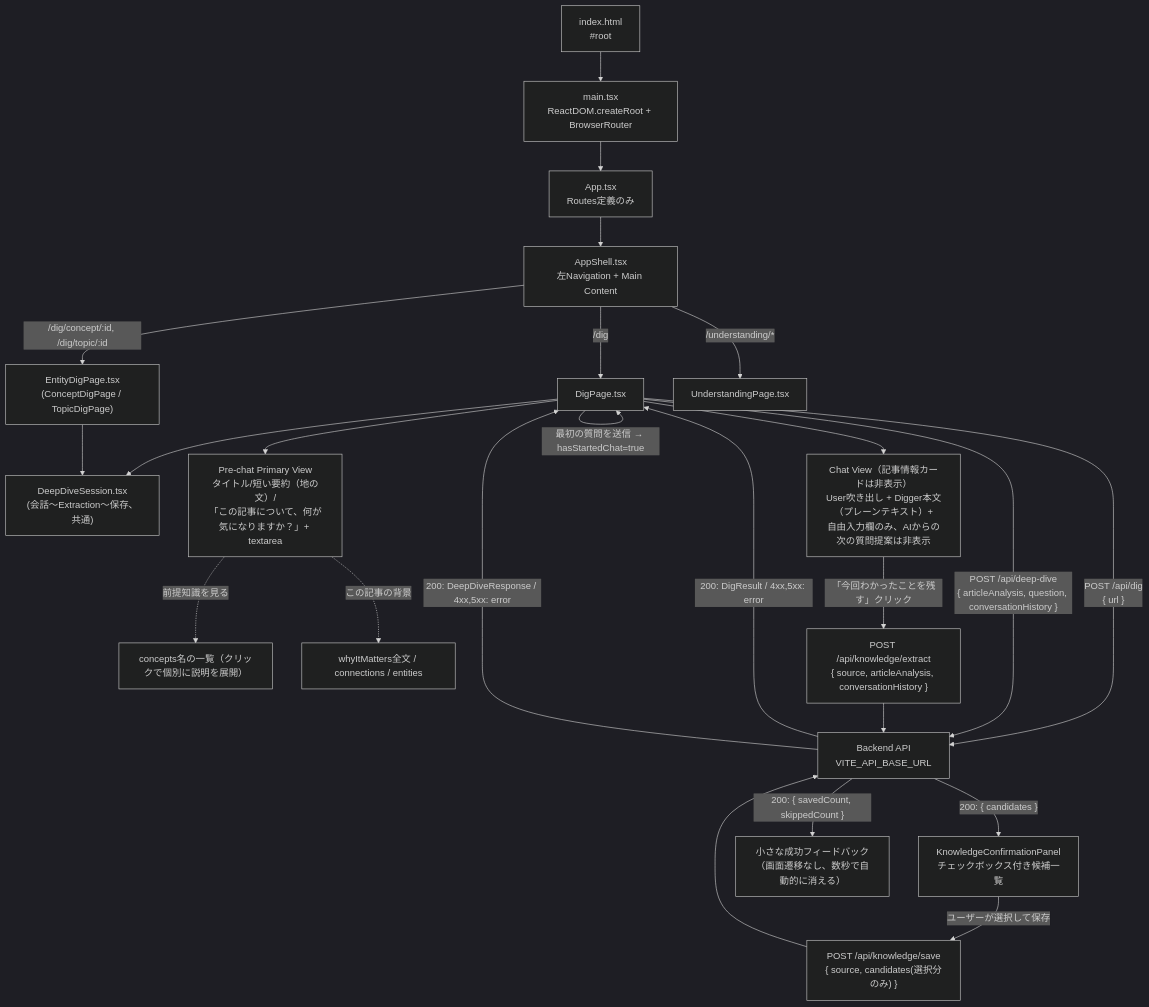
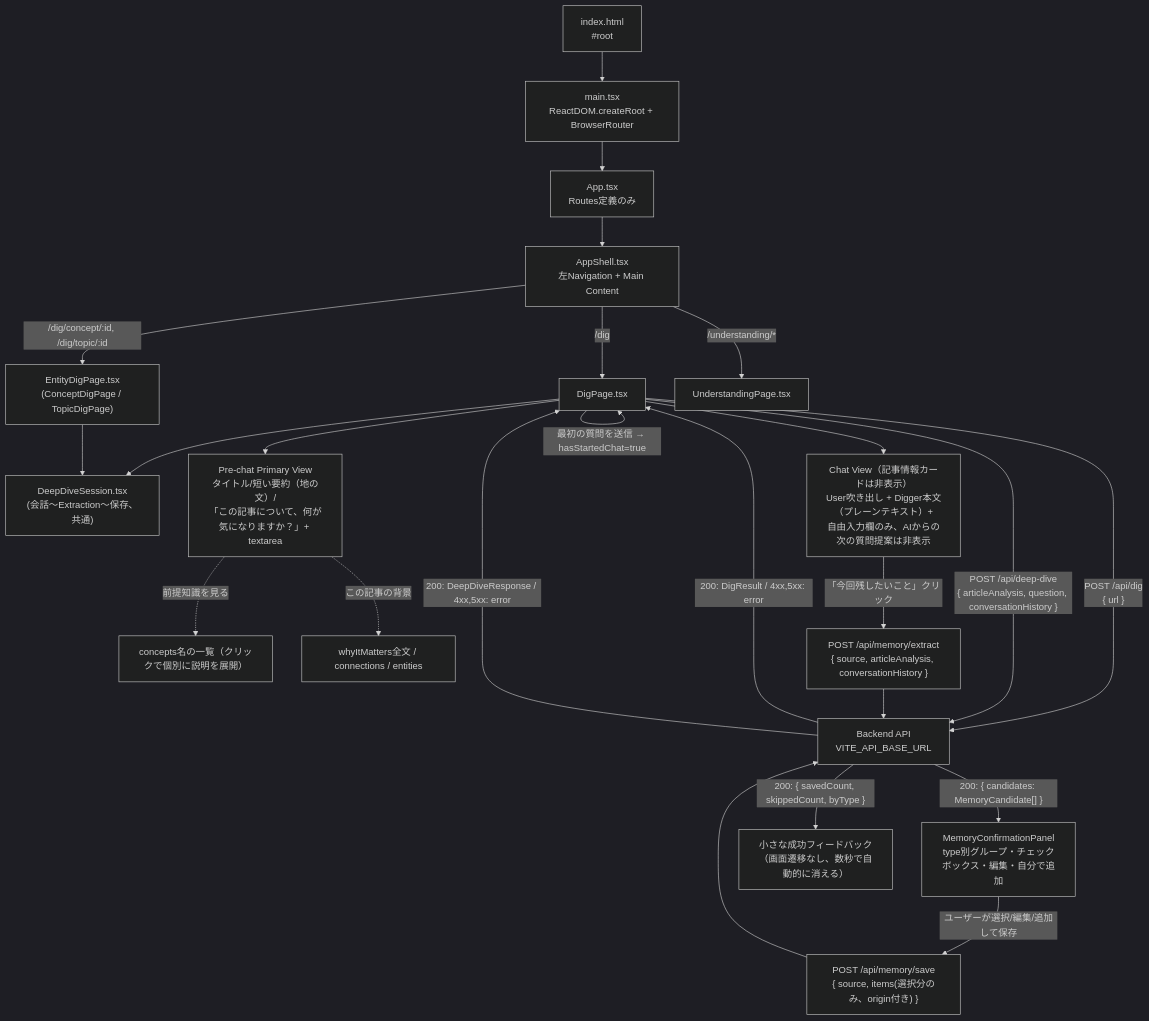
One commit to kokiwaku/digger changed the diagram in frontend/README.md. Above: the diagram before and after it, drawn with Mermaid (dark theme). The commit also changed other lines of this file and 15 other files, not shown here.

````diff
--- a/frontend/README.md
+++ b/frontend/README.md
@@ -43,27 +43,27 @@
 ```mermaid
 flowchart TD
     A["index.html<br/>#root"] --> B["main.tsx<br/>ReactDOM.createRoot + BrowserRouter"]
     B --> Ap["App.tsx<br/>Routes定義のみ"]
     Ap --> Sh["AppShell.tsx<br/>左Navigation + Main Content"]
     Sh -->|"/dig"| C["DigPage.tsx"]
     Sh -->|"/dig/concept/:id, /dig/topic/:id"| Ed["EntityDigPage.tsx<br/>(ConceptDigPage / TopicDigPage)"]
     Sh -->|"/understanding/*"| Up["UnderstandingPage.tsx"]
     C --> Dd["DeepDiveSession.tsx<br/>(会話〜Extraction〜保存、共通)"]
     Ed --> Dd
     C -->|"入力状態(url)<br/>結果状態(DigState)"| C
     C -->|"POST /api/dig<br/>{ url }"| F["Backend API<br/>VITE_API_BASE_URL"]
     F -->|"200: DigResult / 4xx,5xx: error"| C
     C --> G["Pre-chat Primary View<br/>タイトル/短い要約（地の文）/<br/>「この記事について、何が気になりますか？」+ textarea"]
     G -.->|"前提知識を見る"| G2b["concepts名の一覧（クリックで個別に説明を展開）"]
     G -.->|"この記事の背景"| G2c["whyItMatters全文 / connections / entities"]
     C -->|"最初の質問を送信 → hasStartedChat=true"| C
     C -->|"POST /api/deep-dive<br/>{ articleAnalysis, question, conversationHistory }"| F
     F -->|"200: DeepDiveResponse / 4xx,5xx: error"| C
     C --> H["Chat View（記事情報カードは非表示）<br/>User吹き出し + Digger本文（プレーンテキスト）+<br/>自由入力欄のみ、AIからの次の質問提案は非表示"]
-    H -->|"「今回わかったことを残す」クリック"| I["POST /api/knowledge/extract<br/>{ source, articleAnalysis, conversationHistory }"]
+    H -->|"「今回残したいこと」クリック"| I["POST /api/memory/extract<br/>{ source, articleAnalysis, conversationHistory }"]
     I --> F
-    F -->|"200: { candidates }"| J["KnowledgeConfirmationPanel<br/>チェックボックス付き候補一覧"]
-    J -->|"ユーザーが選択して保存"| K["POST /api/knowledge/save<br/>{ source, candidates(選択分のみ) }"]
+    F -->|"200: { candidates: MemoryCandidate[] }"| J["MemoryConfirmationPanel<br/>type別グループ・チェックボックス・編集・自分で追加"]
+    J -->|"ユーザーが選択/編集/追加して保存"| K["POST /api/memory/save<br/>{ source, items(選択分のみ、origin付き) }"]
     K --> F
-    F -->|"200: { savedCount, skippedCount }"| L["小さな成功フィードバック<br/>（画面遷移なし、数秒で自動的に消える）"]
+    F -->|"200: { savedCount, skippedCount, byType }"| L["小さな成功フィードバック<br/>（画面遷移なし、数秒で自動的に消える）"]
 ```
````
